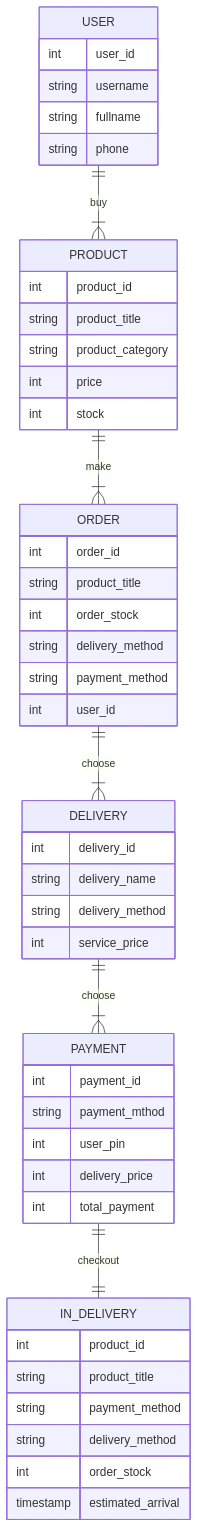
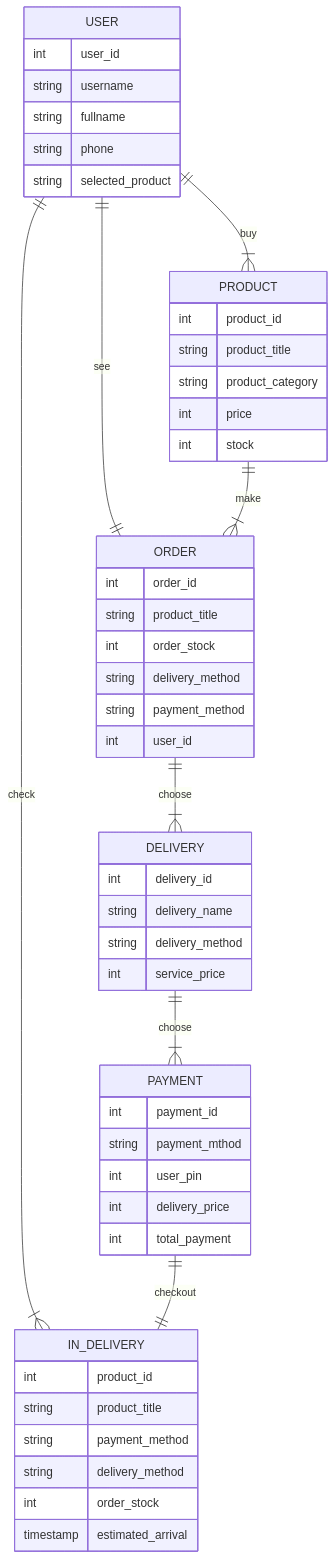
Before and after one commit to Ilhammursidi/koda-b7-db1: the second of 2 diagrams in README.md, drawn with Mermaid.

````diff
--- a/README.md
+++ b/README.md
@@ -52,61 +52,64 @@
 ```mermaid
 erDiagram
     PRODUCT {
         int product_id
         string product_title
         string product_category
         int price
         int stock
     }
 
     USER ||--|{ PRODUCT : buy
+    USER ||--|| ORDER : see
+    USER ||--|{ IN_DELIVERY : check
 
     USER {
         int user_id
         string username
         string fullname
         string phone
+        string selected_product
     }
 
     PRODUCT ||--|{ ORDER : make
 
     ORDER {
         int order_id
         string product_title
         int order_stock
         string delivery_method
         string payment_method
         int user_id
     }
 
     ORDER ||--|{ DELIVERY : choose
 
     PAYMENT {
         int payment_id
         string payment_mthod    
         int user_pin
         int delivery_price
         int total_payment
     }
 
     DELIVERY ||--|{ PAYMENT : choose
 
     DELIVERY {
         int delivery_id
         string delivery_name
         string delivery_method
         int service_price
     }
 
     PAYMENT ||--|| IN_DELIVERY : checkout
 
     IN_DELIVERY {
         int product_id
         string product_title
         string payment_method
         string delivery_method
         int order_stock
         timestamp estimated_arrival
     }
 
 ```
````
